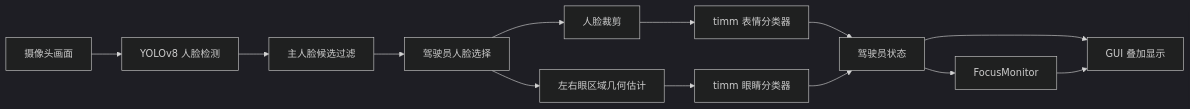
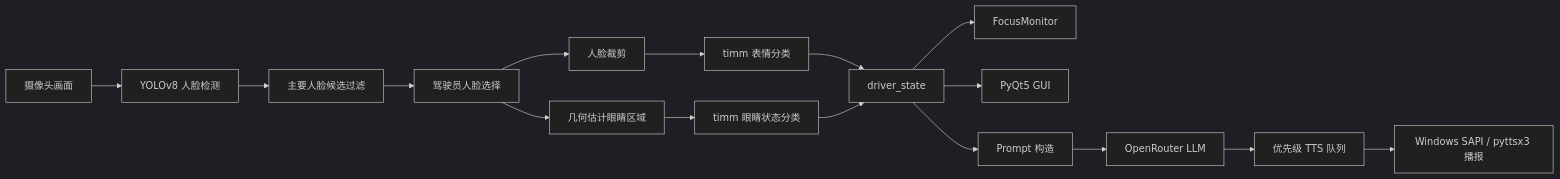
One commit to CS731-2026/project-1-emotion-aware-chatbot-team-6 changed the first of 2 diagrams in README.zh-CN.md. Above: the diagram before and after it, drawn with Mermaid (dark theme). The commit also changed other lines of this file and 4 other files, not shown here.

````diff
--- a/README.zh-CN.md
+++ b/README.zh-CN.md
@@ -87,15 +127,18 @@
 ```mermaid
 flowchart LR
     A["摄像头画面"] --> B["YOLOv8 人脸检测"]
-    B --> C["主人脸候选过滤"]
+    B --> C["主要人脸候选过滤"]
     C --> D["驾驶员人脸选择"]
     D --> E["人脸裁剪"]
-    E --> F["timm 表情分类器"]
-    D --> G["左右眼区域几何估计"]
-    G --> H["timm 眼睛分类器"]
-    F --> I["驾驶员状态"]
+    E --> F["timm 表情分类"]
+    D --> G["几何估计眼睛区域"]
+    G --> H["timm 眼睛状态分类"]
+    F --> I["driver_state"]
     H --> I
     I --> J["FocusMonitor"]
-    I --> K["GUI 叠加显示"]
-    J --> K
+    I --> K["PyQt5 GUI"]
+    I --> L["Prompt 构造"]
+    L --> M["OpenRouter LLM"]
+    M --> N["优先级 TTS 队列"]
+    N --> O["Windows SAPI / pyttsx3 播报"]
 ```
````
